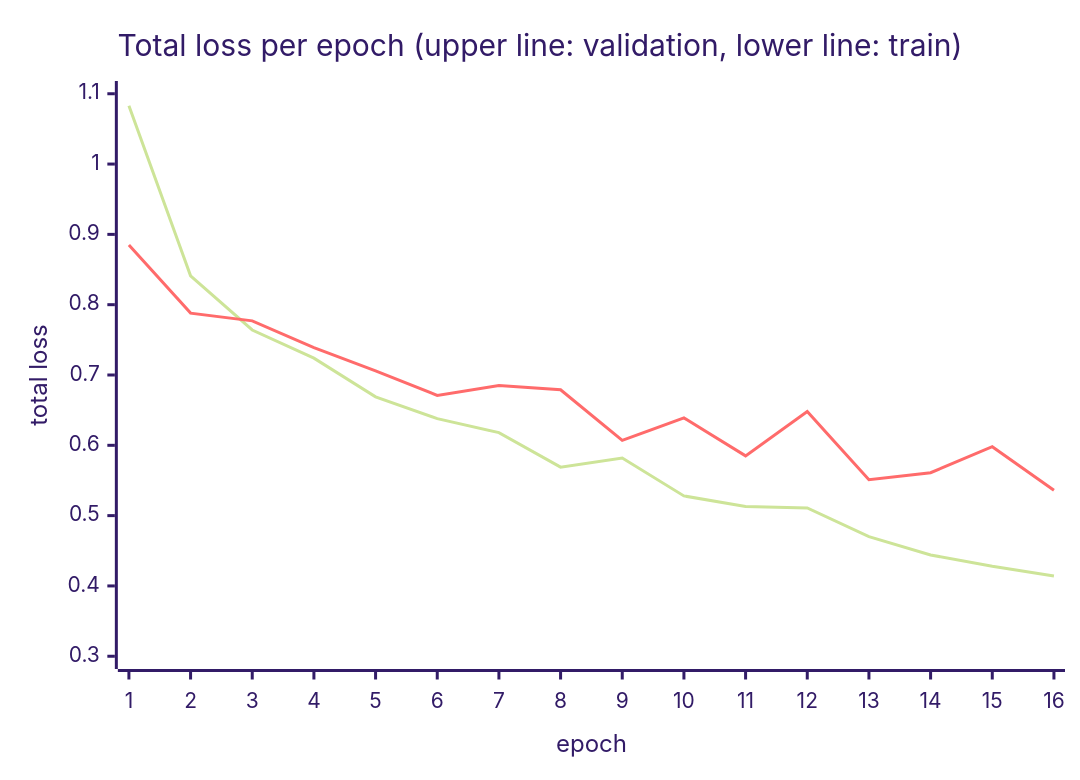
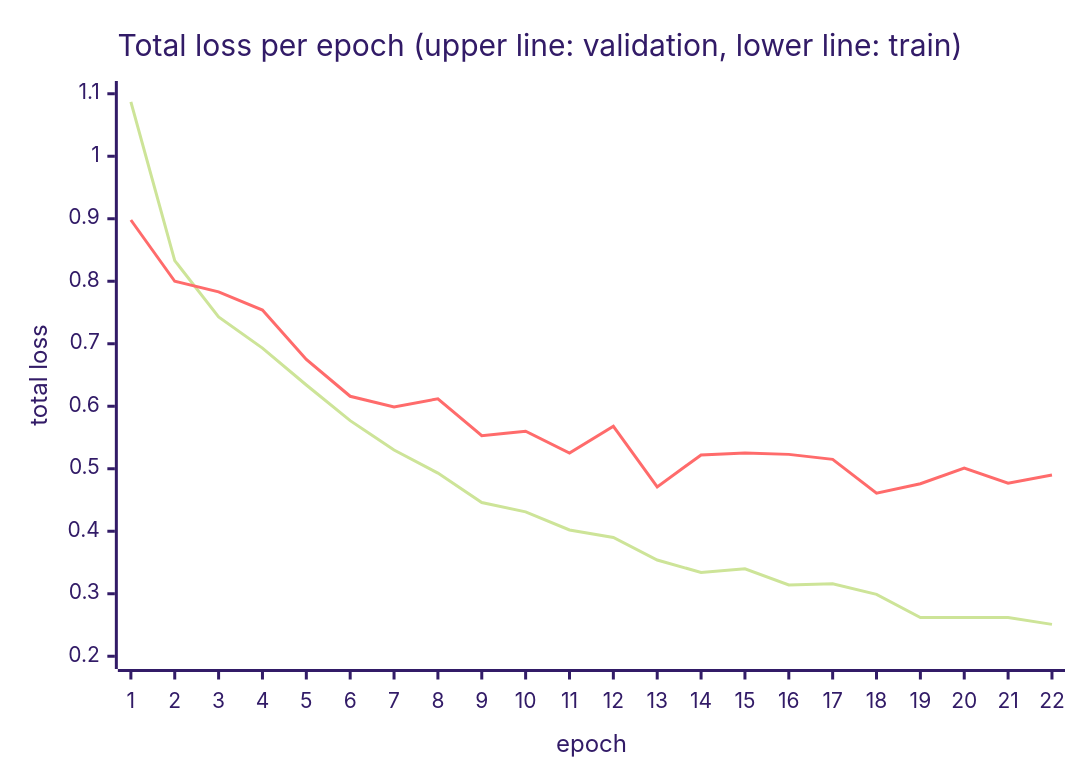
One commit to fit-alessandro-berti/lara-align changed the second of 3 diagrams in paper/docs/assessment.md. Above: the diagram before and after it, drawn with Mermaid (forest theme). The commit also changed other lines of this file and 5 other files, not shown here.

````diff
--- a/paper/docs/assessment.md
+++ b/paper/docs/assessment.md
@@ -97,8 +102,8 @@
 ```mermaid
 xychart-beta
     title "Total loss per epoch (upper line: validation, lower line: train)"
-    x-axis "epoch" [1, 2, 3, 4, 5, 6, 7, 8, 9, 10, 11, 12, 13, 14, 15, 16]
-    y-axis "total loss" 0.3 --> 1.1
-    line [1.083, 0.841, 0.764, 0.724, 0.669, 0.638, 0.618, 0.569, 0.582, 0.528, 0.513, 0.511, 0.470, 0.444, 0.428, 0.414]
-    line [0.885, 0.788, 0.777, 0.739, 0.706, 0.671, 0.685, 0.679, 0.607, 0.639, 0.585, 0.648, 0.551, 0.561, 0.598, 0.536]
+    x-axis "epoch" [1, 2, 3, 4, 5, 6, 7, 8, 9, 10, 11, 12, 13, 14, 15, 16, 17, 18, 19, 20, 21, 22]
+    y-axis "total loss" 0.2 --> 1.1
+    line [1.087, 0.833, 0.743, 0.693, 0.634, 0.577, 0.530, 0.493, 0.446, 0.431, 0.402, 0.390, 0.354, 0.334, 0.340, 0.314, 0.316, 0.299, 0.262, 0.262, 0.262, 0.251]
+    line [0.898, 0.800, 0.783, 0.754, 0.675, 0.616, 0.599, 0.612, 0.553, 0.560, 0.525, 0.568, 0.471, 0.522, 0.525, 0.523, 0.515, 0.461, 0.476, 0.501, 0.477, 0.490]
 ```
````
